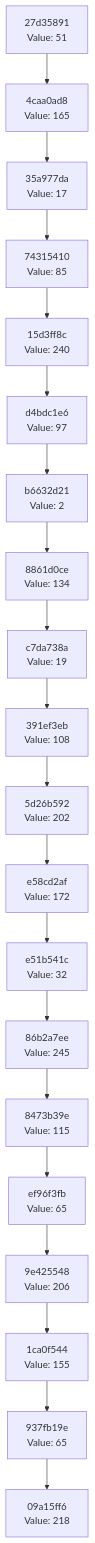
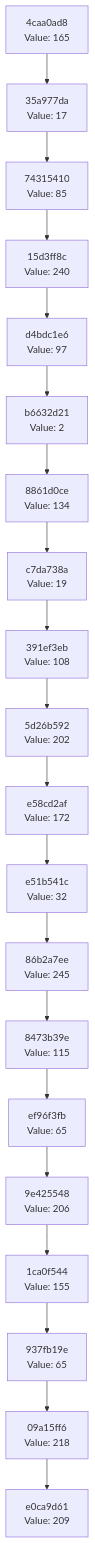
One commit to Abhisheksinha1506/hash-chain-evolver changed the diagram in docs/CHAIN_VISUALIZATION.md. Above: the diagram before and after it, drawn with Mermaid. The commit also changed 2 other files, not shown here.

Commit message:
Evolution Step

````diff
--- a/docs/CHAIN_VISUALIZATION.md
+++ b/docs/CHAIN_VISUALIZATION.md
@@ -3,42 +3,42 @@
 ```mermaid
 graph TD
-    C0["09a15ff6<br/>Value: 218"]
-    C1["937fb19e<br/>Value: 65"]
+    C0["e0ca9d61<br/>Value: 209"]
+    C1["09a15ff6<br/>Value: 218"]
     C1 --> C0
-    C2["1ca0f544<br/>Value: 155"]
+    C2["937fb19e<br/>Value: 65"]
     C2 --> C1
-    C3["9e425548<br/>Value: 206"]
+    C3["1ca0f544<br/>Value: 155"]
     C3 --> C2
-    C4["ef96f3fb<br/>Value: 65"]
+    C4["9e425548<br/>Value: 206"]
     C4 --> C3
-    C5["8473b39e<br/>Value: 115"]
+    C5["ef96f3fb<br/>Value: 65"]
     C5 --> C4
-    C6["86b2a7ee<br/>Value: 245"]
+    C6["8473b39e<br/>Value: 115"]
     C6 --> C5
-    C7["e51b541c<br/>Value: 32"]
+    C7["86b2a7ee<br/>Value: 245"]
     C7 --> C6
-    C8["e58cd2af<br/>Value: 172"]
+    C8["e51b541c<br/>Value: 32"]
     C8 --> C7
-    C9["5d26b592<br/>Value: 202"]
+    C9["e58cd2af<br/>Value: 172"]
     C9 --> C8
-    C10["391ef3eb<br/>Value: 108"]
+    C10["5d26b592<br/>Value: 202"]
     C10 --> C9
-    C11["c7da738a<br/>Value: 19"]
+    C11["391ef3eb<br/>Value: 108"]
     C11 --> C10
-    C12["8861d0ce<br/>Value: 134"]
+    C12["c7da738a<br/>Value: 19"]
     C12 --> C11
-    C13["b6632d21<br/>Value: 2"]
+    C13["8861d0ce<br/>Value: 134"]
     C13 --> C12
-    C14["d4bdc1e6<br/>Value: 97"]
+    C14["b6632d21<br/>Value: 2"]
     C14 --> C13
-    C15["15d3ff8c<br/>Value: 240"]
+    C15["d4bdc1e6<br/>Value: 97"]
     C15 --> C14
-    C16["74315410<br/>Value: 85"]
+    C16["15d3ff8c<br/>Value: 240"]
     C16 --> C15
-    C17["35a977da<br/>Value: 17"]
+    C17["74315410<br/>Value: 85"]
     C17 --> C16
-    C18["4caa0ad8<br/>Value: 165"]
+    C18["35a977da<br/>Value: 17"]
     C18 --> C17
-    C19["27d35891<br/>Value: 51"]
+    C19["4caa0ad8<br/>Value: 165"]
     C19 --> C18
 ```
````
